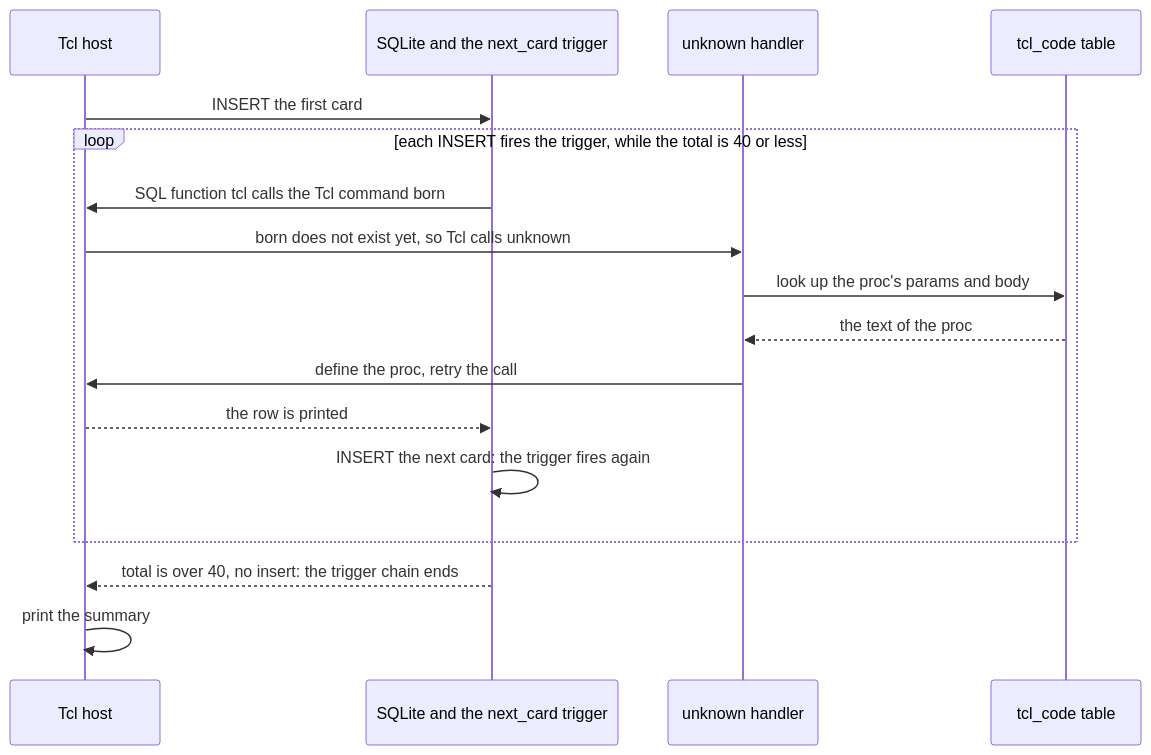
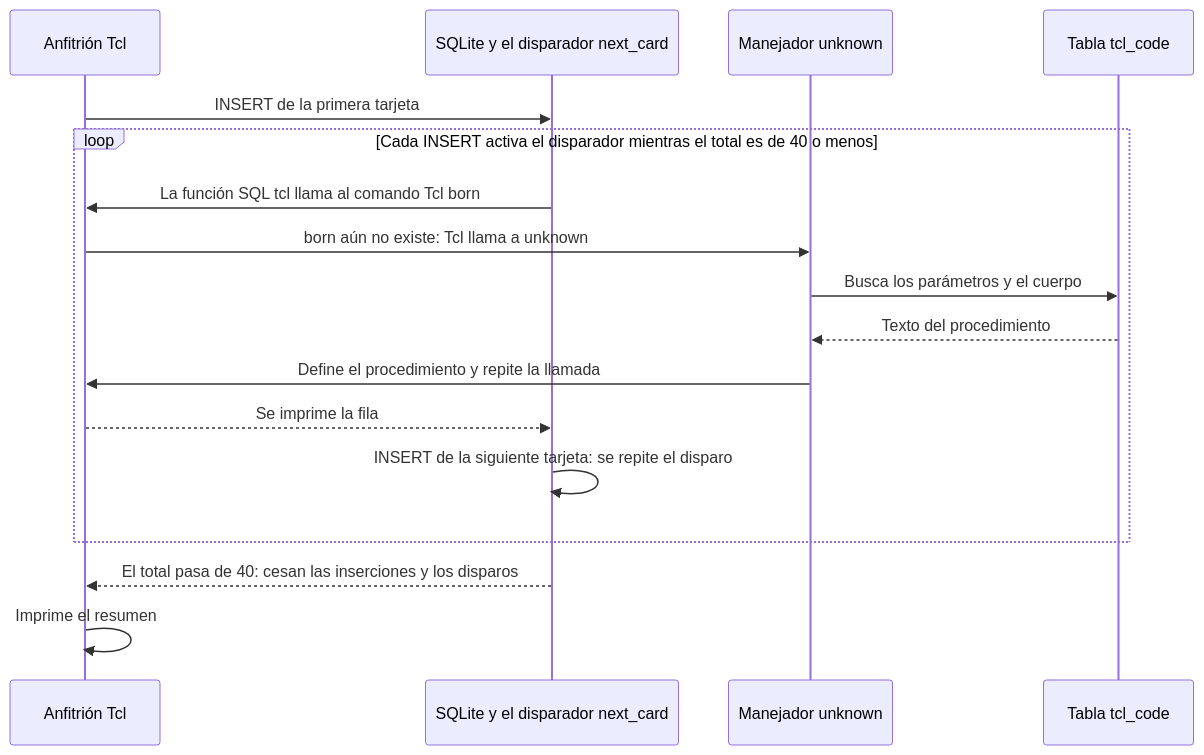
One commit to dullroar/aprende-a-programar-como-un-bicho-raro changed the second of 2 diagrams in lessons/lenguajes/tcl.md. Above: the diagram before and after it, drawn with Mermaid. The commit also changed other lines of this file and 31 other files, not shown here.

````diff
--- a/lessons/lenguajes/tcl.md
+++ b/lessons/lenguajes/tcl.md
@@ -128,21 +128,21 @@
 ```mermaid
 sequenceDiagram
-    accTitle: tcl-weird: a recursive SQLite trigger calls Tcl procs that are fetched from a table
-    accDescr: A sequence diagram. The Tcl host installs three hooks and inserts the first card. Each insert fires a trigger in SQLite. The trigger calls the SQL function tcl, which calls back into Tcl. The first time the Tcl side asks for a command such as born, the command does not exist, so Tcl calls unknown. The unknown handler reads the proc's text from the tcl_code table, defines the proc and retries the call. The call prints the row. The trigger then inserts the next card, but only while the total of the card just inserted is 40 or less. That insert fires the trigger again. When the total is over 40, nothing is inserted, and control returns to the host, which prints the summary.
-    participant H as Tcl host
-    participant D as SQLite and the next_card trigger
-    participant U as unknown handler
-    participant T as tcl_code table
-    H->>D: INSERT the first card
-    loop each INSERT fires the trigger, while the total is 40 or less
-        D->>H: SQL function tcl calls the Tcl command born
-        H->>U: born does not exist yet, so Tcl calls unknown
-        U->>T: look up the proc's params and body
-        T-->>U: the text of the proc
-        U->>H: define the proc, retry the call
-        H-->>D: the row is printed
-        D->>D: INSERT the next card: the trigger fires again
+    accTitle: tcl-weird: un disparador recursivo de SQLite llama a procedimientos Tcl recuperados de una tabla
+    accDescr: Diagrama de secuencia. El anfitrión Tcl instala tres interceptores e inserta la primera tarjeta. Cada inserción activa un disparador en SQLite. El disparador llama a la función SQL tcl, que a su vez llama a Tcl. Cuando Tcl pide por primera vez un comando como born, este no existe y Tcl llama a unknown. El manejador unknown lee el texto del procedimiento en la tabla tcl_code. Define el procedimiento y repite la llamada. La llamada imprime la fila. El disparador inserta la siguiente tarjeta solo mientras el total de la tarjeta recién insertada sea de 40 o menos. Esa inserción vuelve a activar el disparador. Si el total pasa de 40, no se inserta nada. El control vuelve al anfitrión, que imprime el resumen.
+    participant H as Anfitrión Tcl
+    participant D as SQLite y el disparador next_card
+    participant U as Manejador unknown
+    participant T as Tabla tcl_code
+    H->>D: INSERT de la primera tarjeta
+    loop Cada INSERT activa el disparador mientras el total es de 40 o menos
+        D->>H: La función SQL tcl llama al comando Tcl born
+        H->>U: born aún no existe: Tcl llama a unknown
+        U->>T: Busca los parámetros y el cuerpo
+        T-->>U: Texto del procedimiento
+        U->>H: Define el procedimiento y repite la llamada
+        H-->>D: Se imprime la fila
+        D->>D: INSERT de la siguiente tarjeta: se repite el disparo
     end
-    D-->>H: total is over 40, no insert: the trigger chain ends
-    H->>H: print the summary
+    D-->>H: El total pasa de 40: cesan las inserciones y los disparos
+    H->>H: Imprime el resumen
 ```
````
